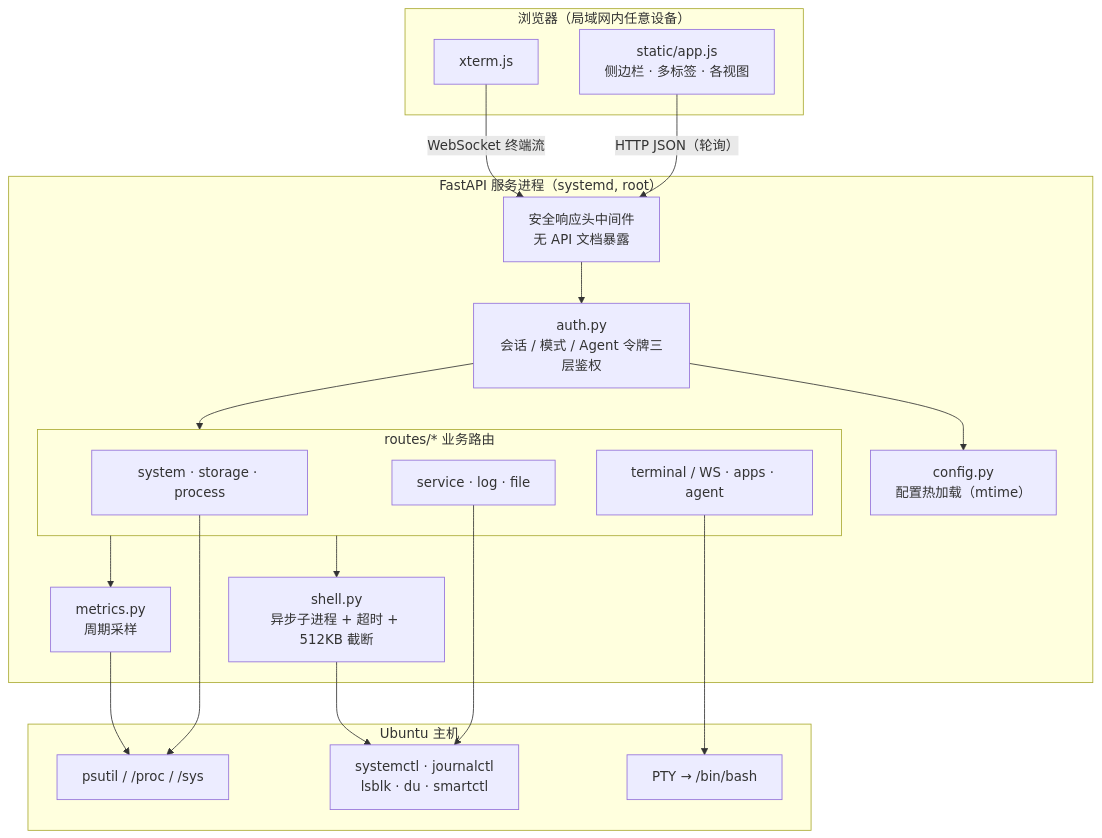
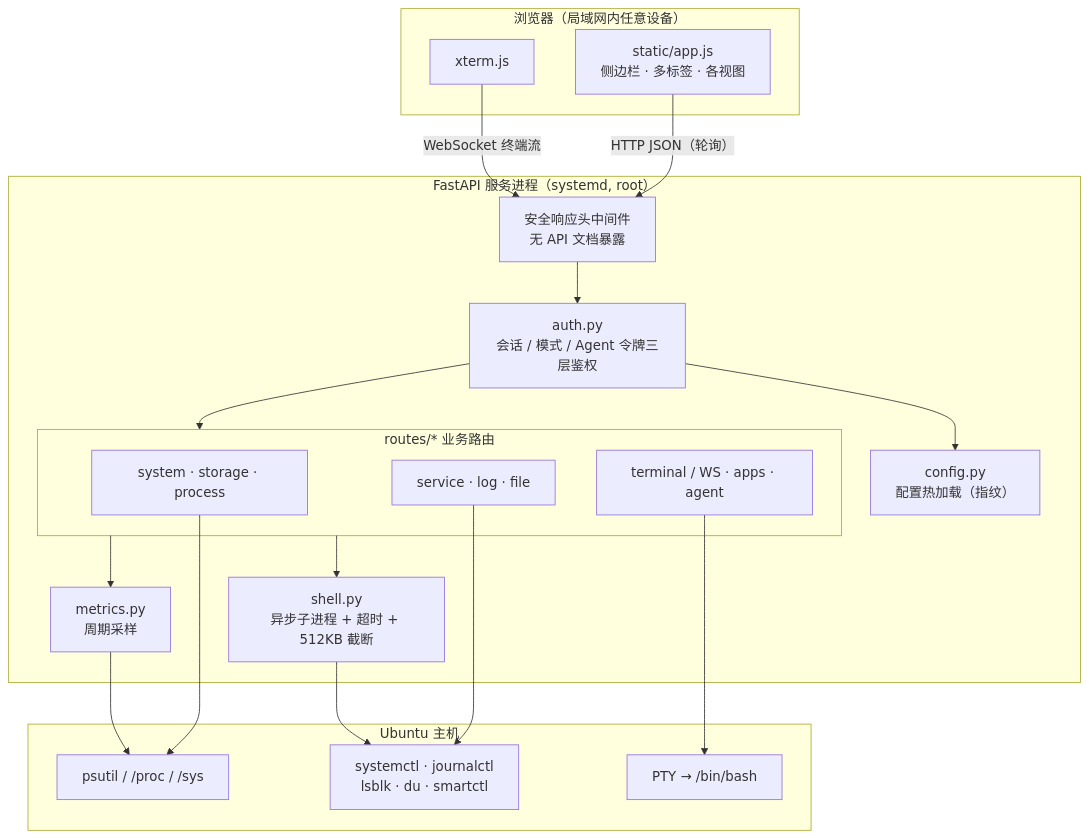
The diagram in README.md (DataBaseC/AegisServerPanel), drawn with Mermaid before and after one commit. The commit also changed other lines of this file and 4 other files, not shown here.

````diff
--- a/README.md
+++ b/README.md
@@ -201,36 +205,36 @@
 ```mermaid
 flowchart TB
     subgraph Browser["浏览器（局域网内任意设备）"]
         UI["static/app.js<br/>侧边栏 · 多标签 · 各视图"]
         XT["xterm.js"]
     end
 
     subgraph Server["FastAPI 服务进程（systemd, root）"]
         MW["安全响应头中间件<br/>无 API 文档暴露"]
         AUTH["auth.py<br/>会话 / 模式 / Agent 令牌三层鉴权"]
         subgraph Routes["routes/* 业务路由"]
             R1["system · storage · process"]
             R2["service · log · file"]
             R3["terminal / WS · apps · agent"]
         end
         SHELL["shell.py<br/>异步子进程 + 超时 + 512KB 截断"]
-        CFG["config.py<br/>配置热加载（mtime）"]
+        CFG["config.py<br/>配置热加载（指纹）"]
         MET["metrics.py<br/>周期采样"]
     end
 
     subgraph Host["Ubuntu 主机"]
         PSUTIL["psutil / /proc / /sys"]
         CMDS["systemctl · journalctl<br/>lsblk · du · smartctl"]
         PTY["PTY → /bin/bash"]
     end
 
     UI -->|"HTTP JSON（轮询）"| MW
     XT -->|"WebSocket 终端流"| MW
     MW --> AUTH --> Routes
     R1 --> PSUTIL
     R2 --> CMDS
     R3 --> PTY
     Routes --> SHELL --> CMDS
     Routes --> MET --> PSUTIL
     AUTH --> CFG
 ```
````
